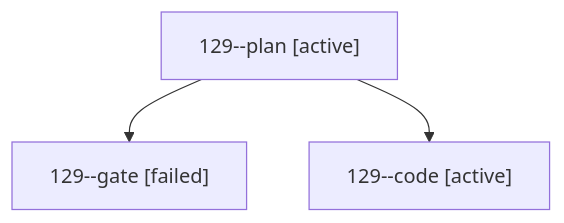
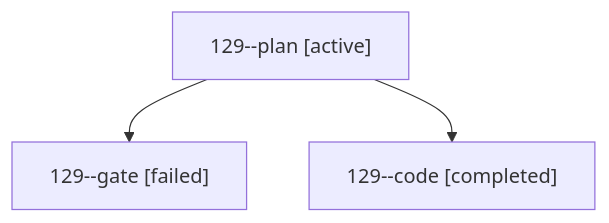
The diagram in sessions/bbugyi200.athena.129.md (bobs-org/bob-cli--agents), drawn with Mermaid before and after one commit. The commit also changed other lines of this file and 21 other files, not shown here.

````diff
--- a/sessions/bbugyi200.athena.129.md
+++ b/sessions/bbugyi200.athena.129.md
@@ -9,8 +9,8 @@
 ```mermaid
 flowchart TD
   n0["129--plan [active]"]
   n1["129--gate [failed]"]
   n0 --> n1
-  n2["129--code [active]"]
+  n2["129--code [completed]"]
   n0 --> n2
 ```
````
